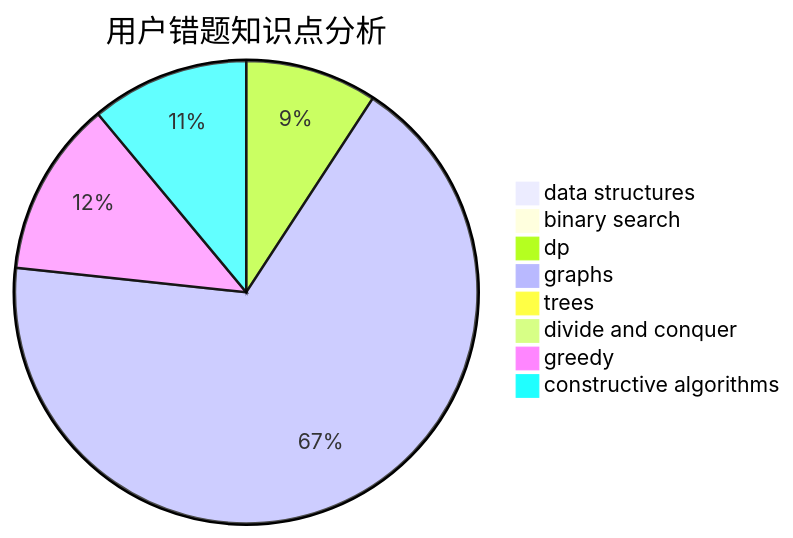
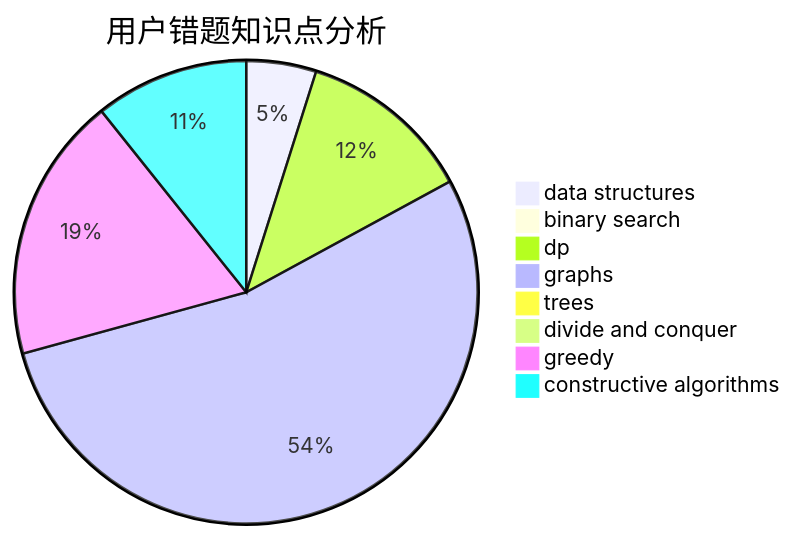
Before and after one commit to sherpahu/cfrs.github.io: the third of 3 diagrams in docs/user/u2057.md, drawn with Mermaid. The commit also changed other lines of this file and 2770 other files, not shown here.

````diff
--- a/docs/user/u2057.md
+++ b/docs/user/u2057.md
@@ -36,11 +36,11 @@
 ```mermaid
 pie title 用户错题知识点分析
-    "data structures" :  0
+    "data structures" :  20
     "binary search" :  0
-    "dp" :  30
+    "dp" :  50
     "graphs" :  220
     "trees" :  0
     "divide and conquer" :  0
-    "greedy" :  40
-    "constructive algorithms" :  36
+    "greedy" :  76
+    "constructive algorithms" :  44
 ```
````
